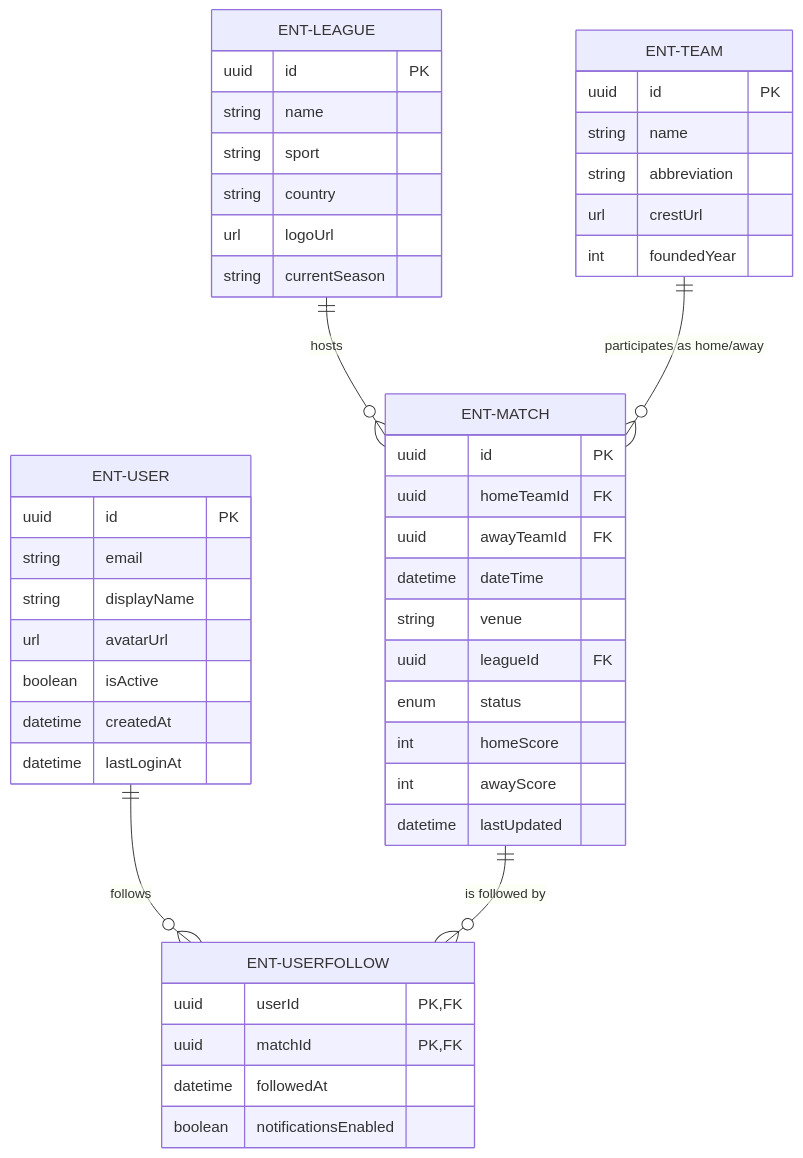
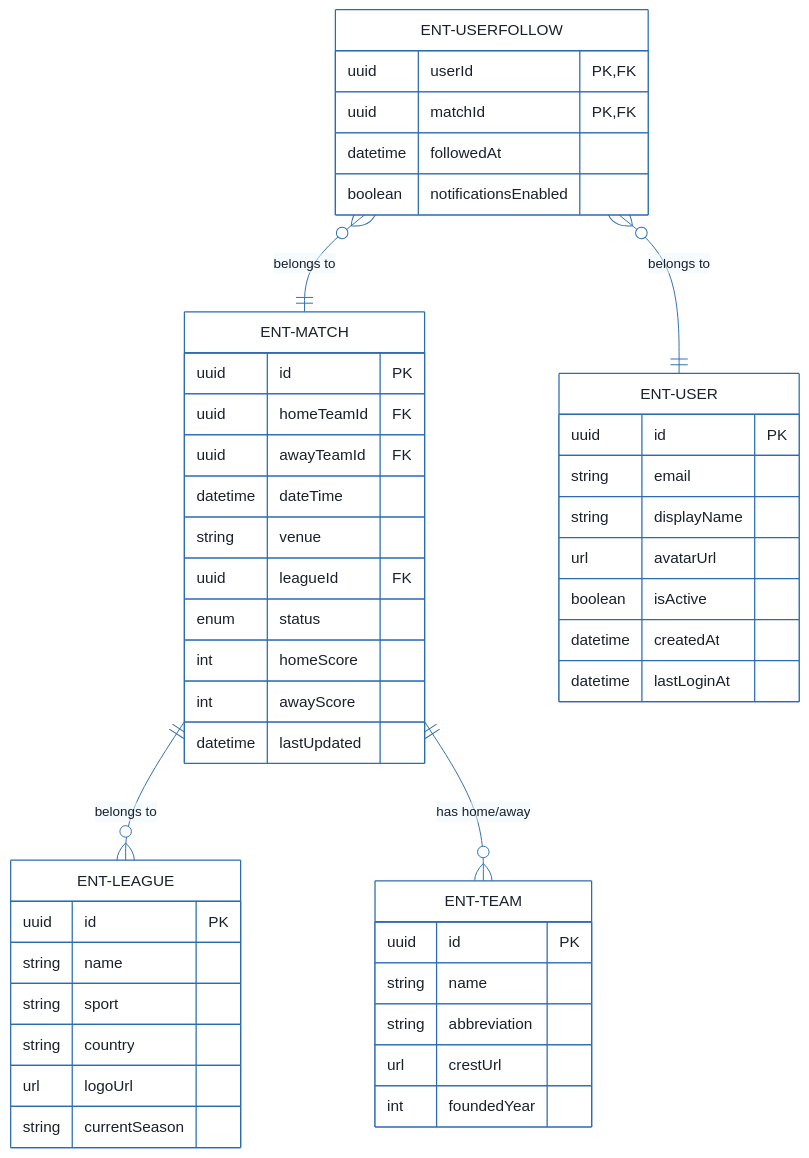
The first of 7 diagrams in outputs/001-football-match-manager/markdowns/data-model_v1.0_doc.md (abir-ommezzine/extension-github-spec-kit), drawn with Mermaid before and after one commit. The commit also changed other lines of this file and 145 other files, not shown here.

````diff
--- a/outputs/001-football-match-manager/markdowns/data-model_v1.0_doc.md
+++ b/outputs/001-football-match-manager/markdowns/data-model_v1.0_doc.md
@@ -39,10 +37,52 @@
 ```mermaid
+%%{init: {
+  'theme': 'base',
+  'themeVariables': {
+    'primaryColor': '#1A365D',
+    'primaryTextColor': '#1A202C',
+    'primaryBorderColor': '#2B6CB0',
+    'lineColor': '#2B6CB0',
+    'secondaryColor': '#EBF8FF',
+    'tertiaryColor': '#EBF8FF',
+    'background': '#FFFFFF',
+    'mainBkg': '#FFFFFF',
+    'secondBkg': '#EBF8FF',
+    'tertiaryBkg': '#F7FAFC',
+    'secondaryTextColor': '#4A5568',
+    'fontSize': '16px',
+    'fontFamily': 'Inter, system-ui, sans-serif',
+    'nodePadding': '15px',
+    'borderRadius': '8px',
+    'edgeLabelBackground': '#EBF8FF',
+    'clusterBkg': '#F7FAFC',
+    'clusterBorder': '#2B6CB0',
+    'defaultLinkColor': '#2B6CB0',
+    'titleColor': '#1A365D',
+    'actorBorder': '#2B6CB0',
+    'actorBkg': '#EBF8FF',
+    'actorTextColor': '#1A365D',
+    'actorLineColor': '#2B6CB0',
+    'signalColor': '#2B6CB0',
+    'signalTextColor': '#1A202C',
+    'labelBoxBorderColor': '#2B6CB0',
+    'labelBoxBkgColor': '#EBF8FF',
+    'labelTextColor': '#1A202C',
+    'loopTextColor': '#1A202C',
+    'arrowHeadColor': '#2B6CB0',
+    'sequenceNumberColor': '#1A365D',
+    'sequenceActorBorder': '#2B6CB0',
+    'sequenceActorBkg': '#EBF8FF',
+    'sequenceArrowColor': '#2B6CB0',
+    'noteBkgColor': '#FFF5EB',
+    'noteBorderColor': '#DD6B20',
+    'noteTextColor': '#1A202C'
+  }
+}}%%
 erDiagram
-    ENT-LEAGUE ||--o{ ENT-MATCH : "hosts"
-    ENT-TEAM ||--o{ ENT-MATCH : "participates as home/away"
-    ENT-USER ||--o{ ENT-USERFOLLOW : "follows"
-    ENT-MATCH ||--o{ ENT-USERFOLLOW : "is followed by"
-
+    ENT-MATCH ||--o{ ENT-LEAGUE : "belongs to"
+    ENT-MATCH ||--o{ ENT-TEAM : "has home/away"
+    ENT-USERFOLLOW }o--|| ENT-USER : "belongs to"
+    ENT-USERFOLLOW }o--|| ENT-MATCH : "belongs to"
     ENT-MATCH {
         uuid id PK
         uuid homeTeamId FK
@@ -55,7 +95,6 @@
         int awayScore
         datetime lastUpdated
     }
-
     ENT-TEAM {
         uuid id PK
         string name
@@ -63,7 +102,6 @@
         url crestUrl
         int foundedYear
     }
-
     ENT-LEAGUE {
         uuid id PK
         string name
@@ -72,7 +110,6 @@
         url logoUrl
         string currentSeason
     }
-
     ENT-USER {
         uuid id PK
         string email
@@ -82,10 +119,9 @@
         datetime createdAt
         datetime lastLoginAt
     }
-
     ENT-USERFOLLOW {
-        uuid userId PK,FK
-        uuid matchId PK,FK
+        uuid userId PK, FK
+        uuid matchId PK, FK
         datetime followedAt
         boolean notificationsEnabled
     }
````
